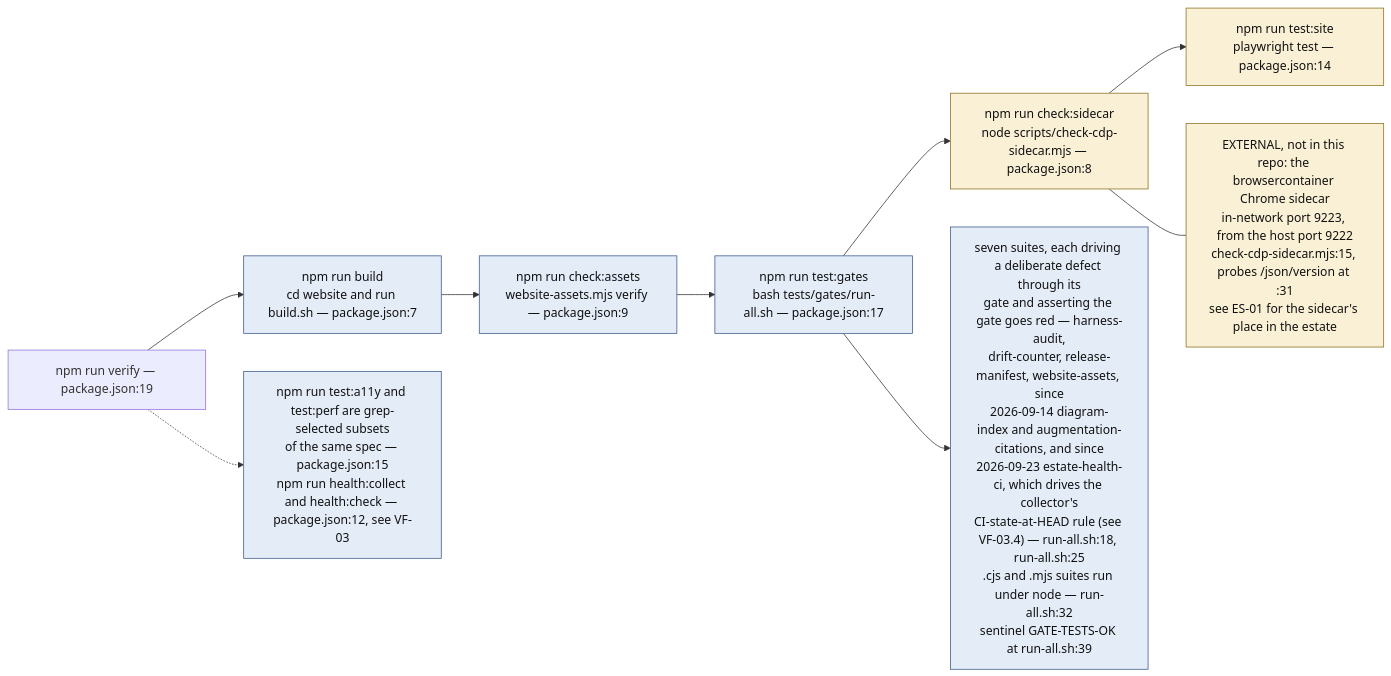
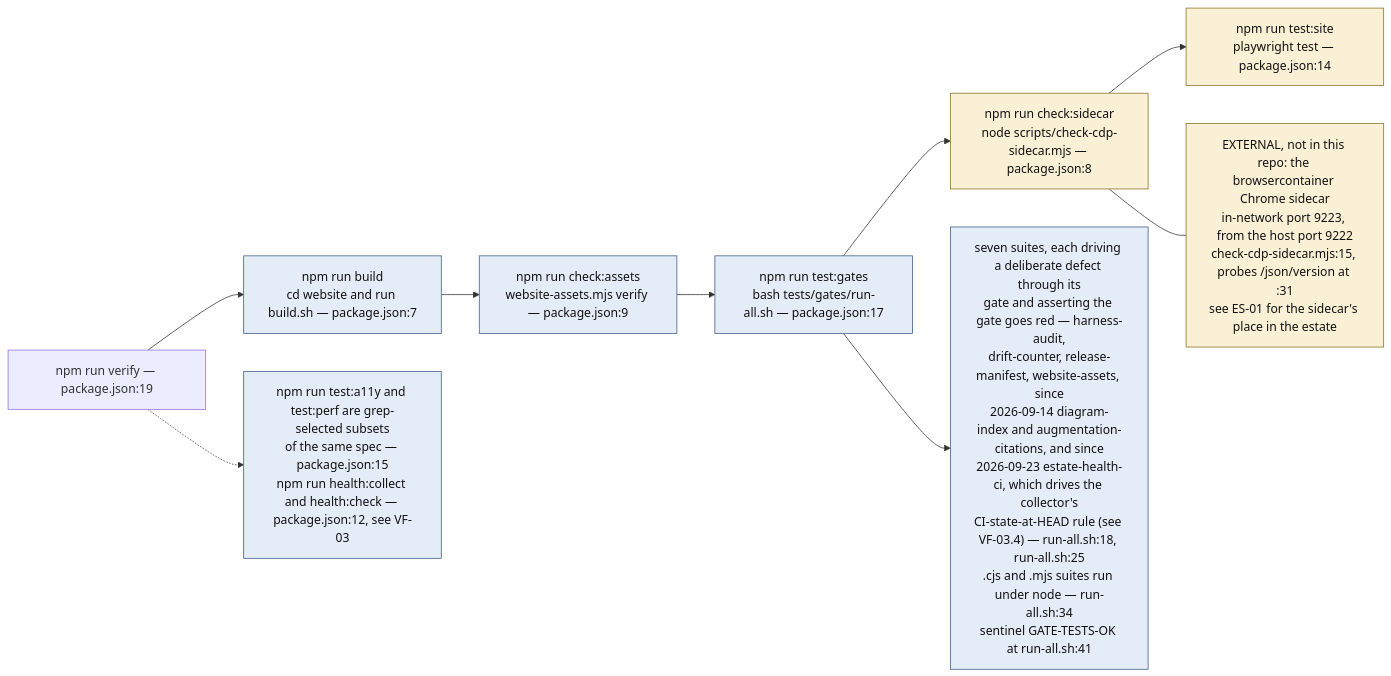
The ninth of 12 diagrams in docs/diagrams/visionflow/02-website-build-and-deploy.md (DreamLab-AI/VisionFlow), drawn with Mermaid before and after one commit. The commit also changed other lines of this file and 160 other files, not shown here.

````diff
--- a/docs/diagrams/visionflow/02-website-build-and-deploy.md
+++ b/docs/diagrams/visionflow/02-website-build-and-deploy.md
@@ -279,20 +284,20 @@
 ```mermaid
 flowchart LR
     classDef step fill:#e4ecf8,stroke:#3a5a8a,color:#111
     classDef needs fill:#f9f0d5,stroke:#8a7020,color:#111
 
     V["npm run verify — package.json:19"]
     V --> S1["npm run build<br/>cd website and run build.sh — package.json:7"]:::step
     S1 --> S2["npm run check:assets<br/>website-assets.mjs verify — package.json:9"]:::step
     S2 --> S3["npm run test:gates<br/>bash tests/gates/run-all.sh — package.json:17"]:::step
     S3 --> S4["npm run check:sidecar<br/>node scripts/check-cdp-sidecar.mjs — package.json:8"]:::needs
     S4 --> S5["npm run test:site<br/>playwright test — package.json:14"]:::needs
 
-    S3 --> SUITES["seven suites, each driving a deliberate defect through its<br/>gate and asserting the gate goes red — harness-audit,<br/>drift-counter, release-manifest, website-assets, since<br/>2026-09-14 diagram-index and augmentation-citations, and since<br/>2026-09-23 estate-health-ci, which drives the collector's<br/>CI-state-at-HEAD rule (see VF-03.4) — run-all.sh:18, run-all.sh:25<br/>.cjs and .mjs suites run under node — run-all.sh:32<br/>sentinel GATE-TESTS-OK at run-all.sh:39"]:::step
+    S3 --> SUITES["seven suites, each driving a deliberate defect through its<br/>gate and asserting the gate goes red — harness-audit,<br/>drift-counter, release-manifest, website-assets, since<br/>2026-09-14 diagram-index and augmentation-citations, and since<br/>2026-09-23 estate-health-ci, which drives the collector's<br/>CI-state-at-HEAD rule (see VF-03.4) — run-all.sh:18, run-all.sh:25<br/>.cjs and .mjs suites run under node — run-all.sh:34<br/>sentinel GATE-TESTS-OK at run-all.sh:41"]:::step
 
     SIDE["EXTERNAL, not in this repo: the browsercontainer Chrome sidecar<br/>in-network port 9223, from the host port 9222<br/>check-cdp-sidecar.mjs:15, probes /json/version at :31<br/>see ES-01 for the sidecar's place in the estate"]:::needs
     S4 --- SIDE
 
     OTHER["npm run test:a11y and test:perf are grep-selected subsets<br/>of the same spec — package.json:15<br/>npm run health:collect and health:check — package.json:12, see VF-03"]:::step
     V -.-> OTHER
 ```
````
